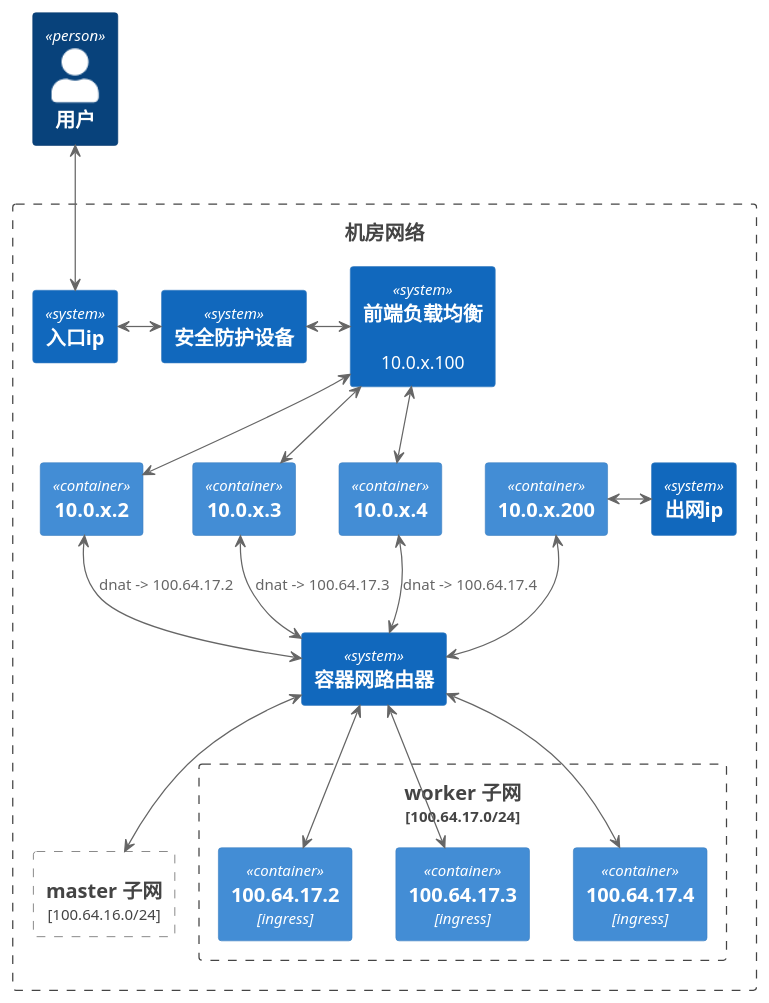
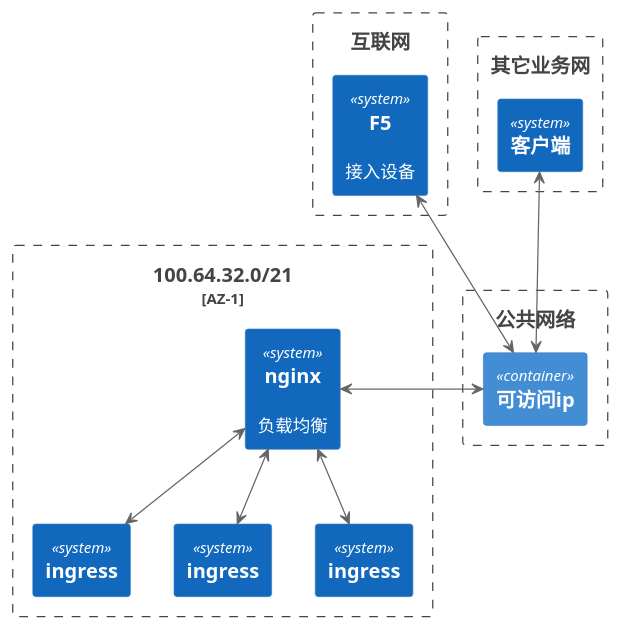
One commit to gardenerframework/impatiens changed the eighth of 8 diagrams in 云与虚拟化/调度系统/k8s/实践/k8s生产集群部署/1. 网络规划/readme.md. Above: the diagram before and after it, drawn with PlantUML. The commit also changed other lines of this file and 2 other files, not shown here.

````diff
--- a/云与虚拟化/调度系统/k8s/实践/k8s生产集群部署/1. 网络规划/readme.md
+++ b/云与虚拟化/调度系统/k8s/实践/k8s生产集群部署/1. 网络规划/readme.md
@@ -487,40 +301,26 @@
 ```plantuml
 @startuml
 !include  https://plantuml.s3.cn-north-1.jdcloud-oss.com/C4_Container.puml
-
-Person(用户, 用户)
-Boundary(机房网络, 机房网络) {
-  System(入口ip, 入口ip)
-  System(出网ip, 出网ip)
-  System(安全防护设备,安全防护设备)
-  System(前端负载均衡, 前端负载均衡, 10.0.x.100)
-  Container(10.0.x.2, 10.0.x.2)
-  Container(10.0.x.3, 10.0.x.3)
-  Container(10.0.x.4, 10.0.x.4)
-  
-  Container(10.0.x.200, 10.0.x.200)
-  System(容器网路由器,容器网路由器)
-  Boundary(master子网, master 子网, 100.64.16.0/24)
-  Boundary(worker子网, worker 子网, 100.64.17.0/24) {
-    Container(100.64.17.2, 100.64.17.2, ingress)
-    Container(100.64.17.3, 100.64.17.3, ingress)
-    Container(100.64.17.4, 100.64.17.4, ingress)
-  }
-  用户 <-d->入口ip
-  入口ip <-r-> 安全防护设备
-  10.0.x.200<-r->出网ip
-  安全防护设备 <-r-> 前端负载均衡
-  前端负载均衡 <-d-> 10.0.x.2
-  前端负载均衡 <-d-> 10.0.x.3
-  前端负载均衡 <-d-> 10.0.x.4
-  10.0.x.2 <-d-> 容器网路由器: dnat -> 100.64.17.2
-  10.0.x.3 <-d-> 容器网路由器: dnat -> 100.64.17.3
-  10.0.x.4 <-d-> 容器网路由器: dnat -> 100.64.17.4
-  10.0.x.200 <-d-> 容器网路由器
-  容器网路由器<-d-> 100.64.17.2
-  容器网路由器<-d-> 100.64.17.3
-  容器网路由器<-d-> 100.64.17.4
-  容器网路由器<-d->master子网
+  Boundary(容器流量网1, 100.64.32.0/21, AZ-1) {
+    System(nginx, nginx, 负载均衡)
+    System(ingress1, ingress)
+    System(ingress2, ingress)
+    System(ingress3, ingress)
+    nginx <-d-> ingress1
+    nginx <-d-> ingress2
+    nginx <-d-> ingress3
 }
+Boundary(访问者网络, 公共网络) {
+    Container(可访问ip, 可访问ip)
+}
+Boundary(互联网, 互联网) {
+     System(F5, F5, 接入设备)
+}
+Boundary(其它业务网, 其它业务网) {
+     System(客户端, 客户端)
+}
+nginx <-r->可访问ip
+客户端 <-d->可访问ip
+F5 <-d->可访问ip
 @enduml
 ```
````
